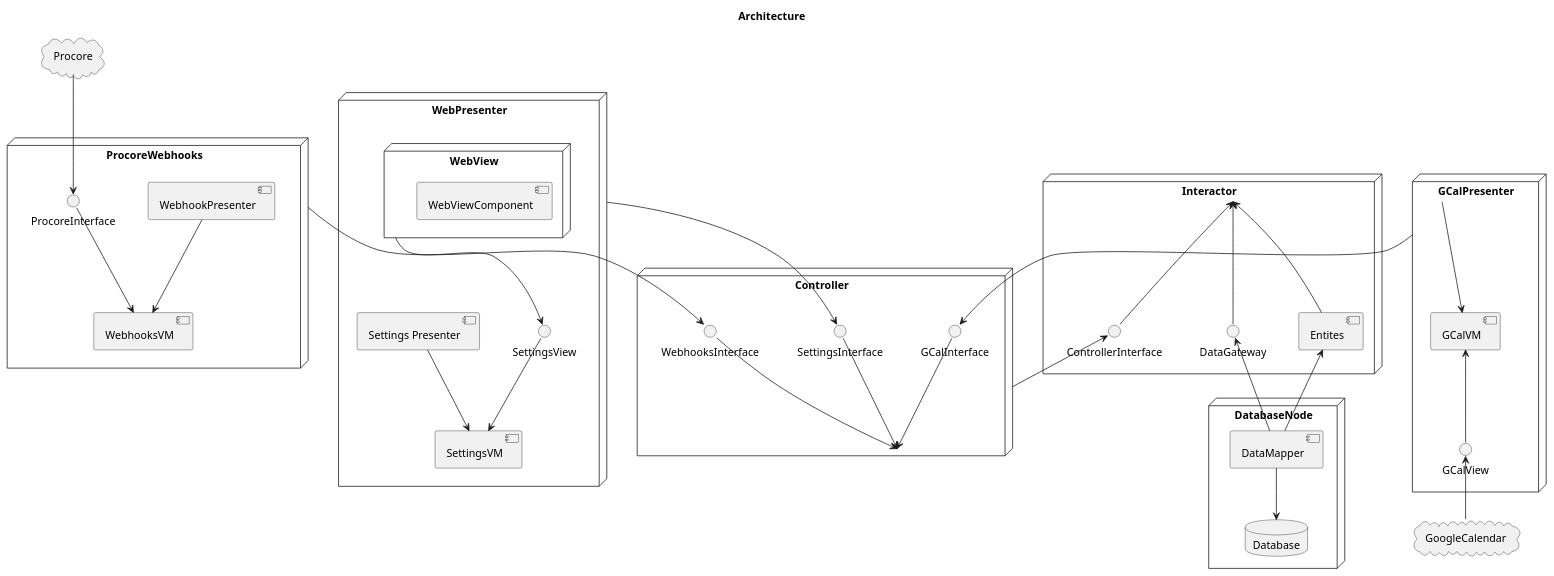
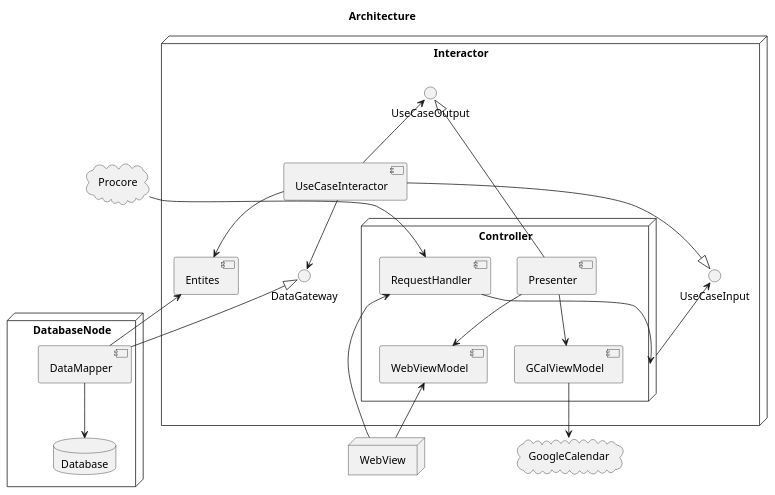
Before and after one commit to adhurjaty/procore-gcal: the diagram in architecture.wsd, drawn with PlantUML. The commit also changed 1 other file, not shown here.

Commit message:
updates architecture diagram

```diff
--- a/architecture.wsd
+++ b/architecture.wsd
@@ -1,53 +1,37 @@
 @startuml
 title Architecture
 
 cloud Procore
 cloud GoogleCalendar
 
 node DatabaseNode {
     database Database
     [DataMapper] --> Database
 }
 
-node WebPresenter {
-    [Settings Presenter] --> [SettingsVM]
-    SettingsView --> [SettingsVM]
-    WebView --> SettingsView
-}
+node WebView
 
-node ProcoreWebhooks {
-    [WebhookPresenter] --> [WebhooksVM]
-    ProcoreInterface --> [WebhooksVM]
-    Procore --> ProcoreInterface
-}
-
-node GCalPresenter {
-    GCalView <-- GoogleCalendar
-    [GCalVM] <-- GCalView
-    [GCalPresenter] --> [GCalVM]
-}
-
-node WebView {
-    [WebViewComponent]
+node Interactor {
+    [Entites] <-- [DataMapper]
+    DataGateway <|-- [DataMapper]
+    UseCaseInput <-- [Controller]
+    [UseCaseInteractor] --|> UseCaseInput
+    UseCaseOutput <-- [UseCaseInteractor]
+    [UseCaseInteractor] --> [Entites]
+    [UseCaseInteractor] --> DataGateway
 }
 
 node Controller {
-    SettingsInterface --> [Controller]
-    GCalInterface --> [Controller]
-    WebhooksInterface --> [Controller]
-    ProcoreWebhooks --> WebhooksInterface
-    GCalPresenter --> GCalInterface
-    WebPresenter --> SettingsInterface
-}
-
-node Interactor {
-    [Entites] <-- [DataMapper]
-    DataGateway <-- [DataMapper]
-    [Interactor] <-- DataGateway
-    [Interactor] <-- [Entites]
-    ControllerInterface <-- [Controller]
-    [Interactor] <-- ControllerInterface
+    Procore --> [RequestHandler]
+    WebView --> [RequestHandler]
+    [RequestHandler] --> [Controller]
+    [Presenter] --> [WebViewModel]
+    [Presenter] --> [GCalViewModel]
+    [WebViewModel] <-- WebView
+    [GCalViewModel] --> GoogleCalendar
+    UseCaseOutput <|-- [Presenter]
 }
 
 
+
 @enduml
```
